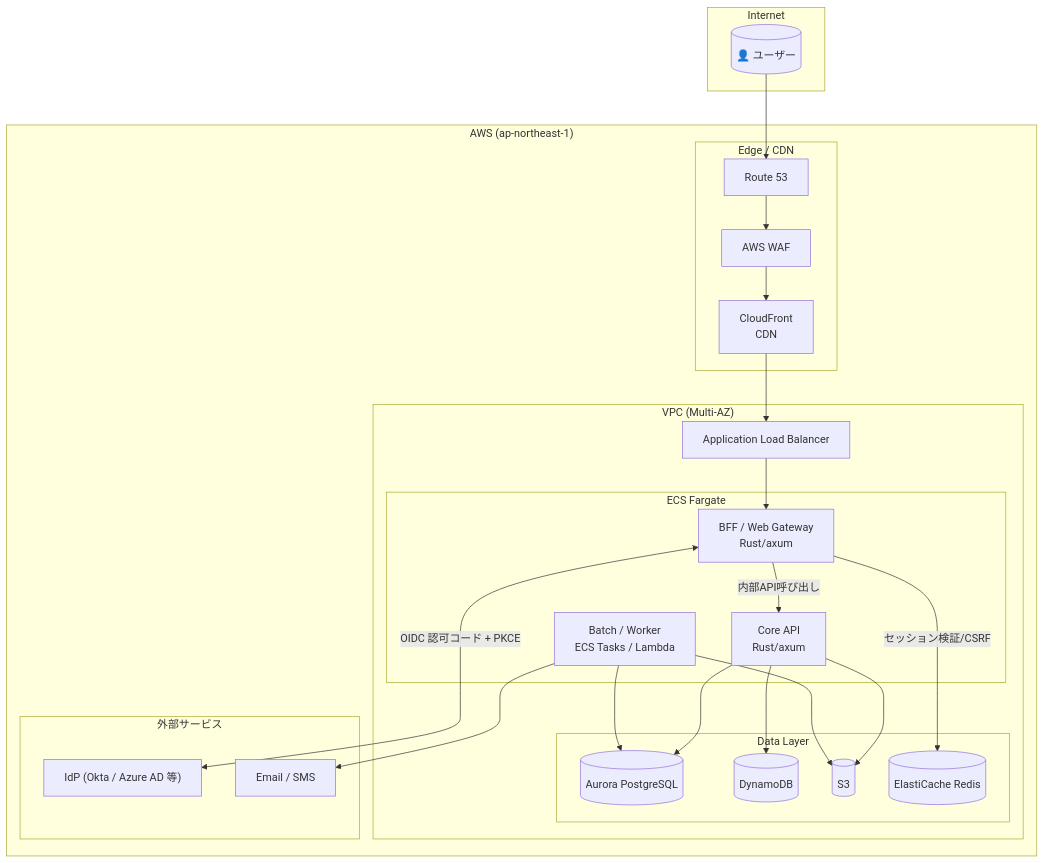
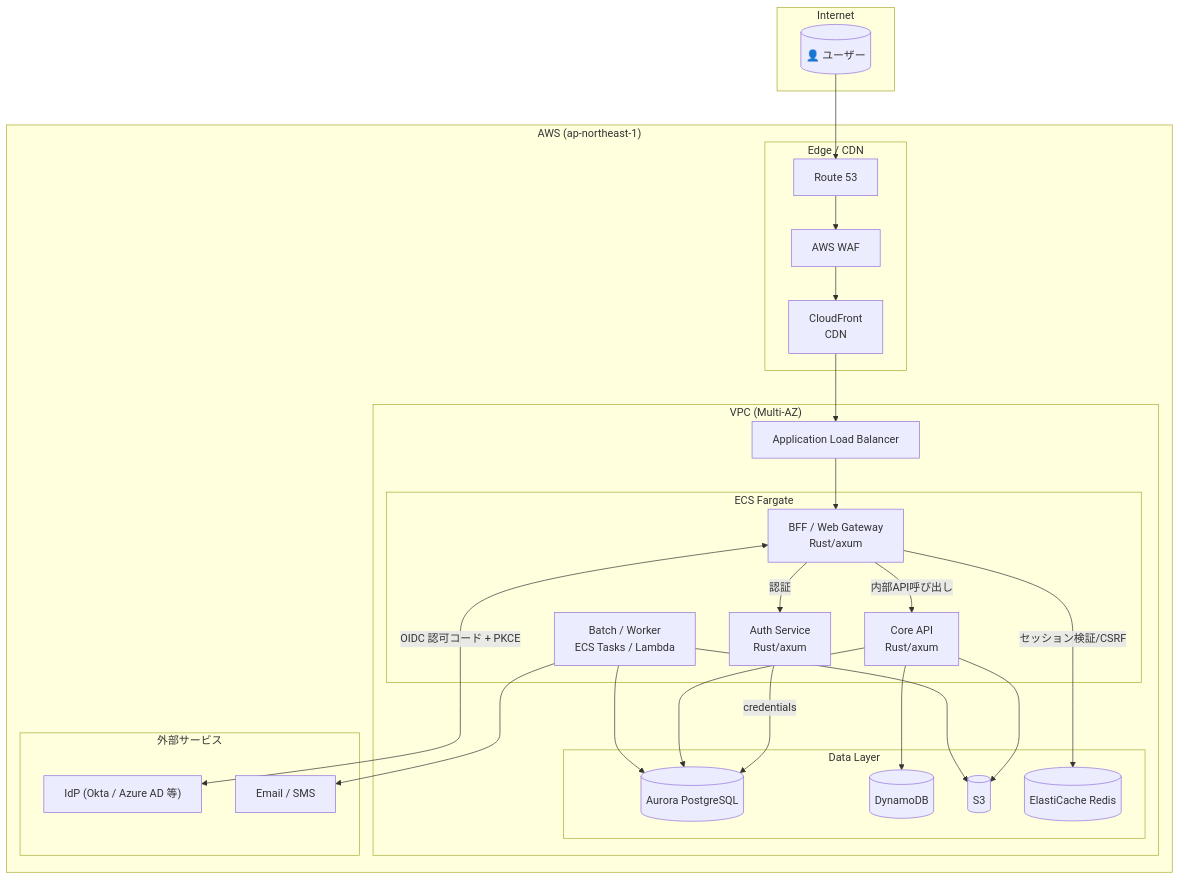
Before and after one commit to ka2kama/ringiflow: the first of 4 diagrams in docs/02_基本設計書/01_アーキテクチャ設計.md, drawn with Mermaid. The commit also changed other lines of this file and 11 other files, not shown here.

First line of the commit message:
#80 Auth Service 分離の設計書を追加 (#93)

````diff
--- a/docs/02_基本設計書/01_アーキテクチャ設計.md
+++ b/docs/02_基本設計書/01_アーキテクチャ設計.md
@@ -34,52 +34,55 @@
 ```mermaid
 flowchart TB
     subgraph Internet
         User[("👤 ユーザー")]
     end
 
     subgraph AWS["AWS (ap-northeast-1)"]
         subgraph Edge["Edge / CDN"]
             Route53["Route 53"]
             WAF["AWS WAF"]
             CloudFront["CloudFront<br/>CDN"]
         end
 
         subgraph VPC["VPC (Multi-AZ)"]
             ALB["Application Load Balancer"]
 
             subgraph ECS["ECS Fargate"]
                 BFF["BFF / Web Gateway<br/>Rust/axum"]
+                Auth["Auth Service<br/>Rust/axum"]
                 Core["Core API<br/>Rust/axum"]
                 Worker["Batch / Worker<br/>ECS Tasks / Lambda"]
             end
 
             subgraph Data["Data Layer"]
                 Aurora[(Aurora PostgreSQL)]
                 DDB[(DynamoDB)]
                 S3[(S3)]
                 Redis[(ElastiCache Redis)]
             end
         end
 
         subgraph External["外部サービス"]
             IdP["IdP (Okta / Azure AD 等)"]
             Email["Email / SMS"]
         end
     end
 
     User --> Route53 --> WAF --> CloudFront
     CloudFront --> ALB
 
     ALB --> BFF
     BFF -->|セッション検証/CSRF| Redis
+    BFF -->|認証| Auth
     BFF -->|内部API呼び出し| Core
 
+    Auth -->|credentials| Aurora
     Core --> Aurora
     Core --> DDB
     Core --> S3
     Worker --> Aurora
     Worker --> S3
     Worker --> Email
 
     BFF <-->|OIDC 認可コード + PKCE| IdP
 ```
````
